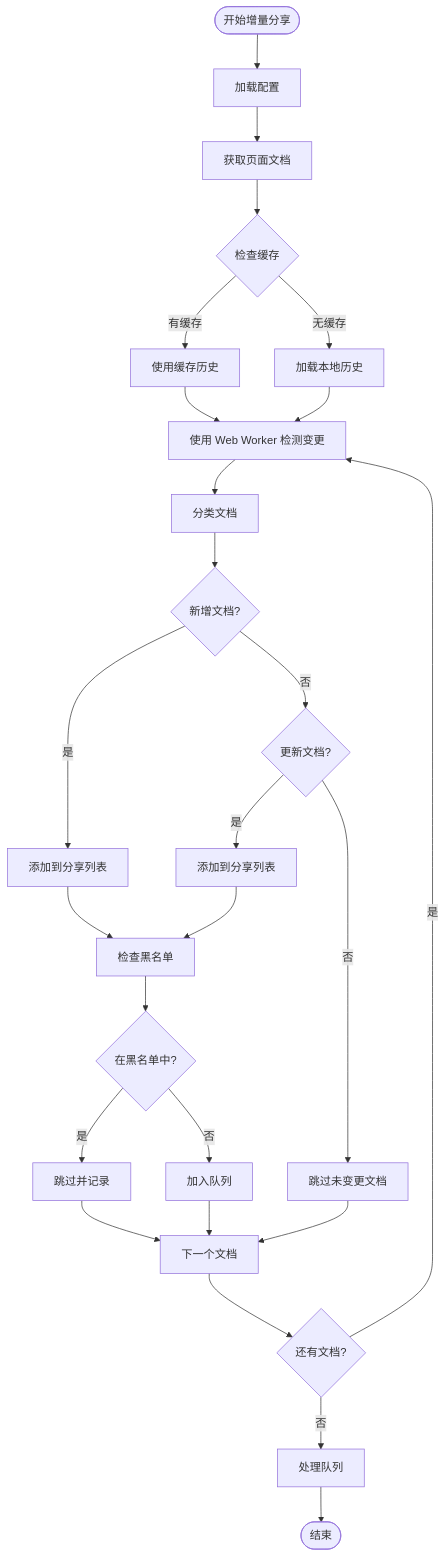
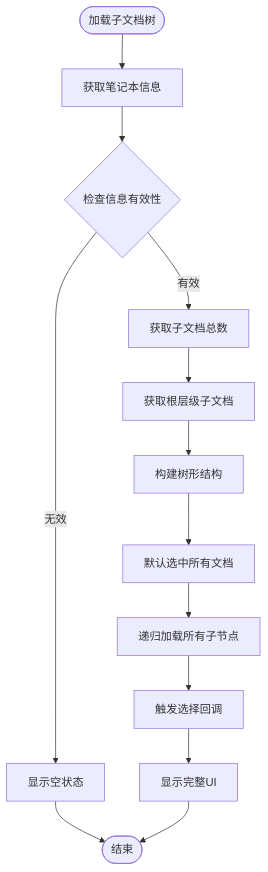
One commit to terwerinc/siyuan-plugin-share-pro changed the fourth of 8 diagrams in .qoder/repowiki/zh/content/子文档分享规范.md. Above: the diagram before and after it, drawn with Mermaid. The commit also changed other lines of this file and 8 other files, not shown here.

````diff
--- a/.qoder/repowiki/zh/content/子文档分享规范.md
+++ b/.qoder/repowiki/zh/content/子文档分享规范.md
@@ -215,28 +276,15 @@
 ```mermaid
 flowchart TD
-Start([开始增量分享]) --> LoadConfig["加载配置"]
-LoadConfig --> GetPageDocs["获取页面文档"]
-GetPageDocs --> CheckCache{"检查缓存"}
-CheckCache --> |有缓存| UseCache["使用缓存历史"]
-CheckCache --> |无缓存| LoadHistory["加载本地历史"]
-UseCache --> DetectChanges["使用 Web Worker 检测变更"]
-LoadHistory --> DetectChanges
-DetectChanges --> ClassifyDocs["分类文档"]
-ClassifyDocs --> NewDoc{"新增文档?"}
-NewDoc --> |是| AddNew["添加到分享列表"]
-NewDoc --> |否| UpdatedDoc{"更新文档?"}
-UpdatedDoc --> |是| AddUpdated["添加到分享列表"]
-UpdatedDoc --> |否| SkipDoc["跳过未变更文档"]
-AddNew --> CheckBlacklist["检查黑名单"]
-AddUpdated --> CheckBlacklist
-CheckBlacklist --> Blacklisted{"在黑名单中?"}
-Blacklisted --> |是| SkipBlacklist["跳过并记录"]
-Blacklisted --> |否| QueueTask["加入队列"]
-SkipDoc --> NextDoc["下一个文档"]
-SkipBlacklist --> NextDoc
-QueueTask --> NextDoc
-NextDoc --> MoreDocs{"还有文档?"}
-MoreDocs --> |是| DetectChanges
-MoreDocs --> |否| ProcessQueue["处理队列"]
-ProcessQueue --> End([结束])
+Start([加载子文档树]) --> GetNotebookInfo["获取笔记本信息"]
+GetNotebookInfo --> CheckInfo{"检查信息有效性"}
+CheckInfo --> |无效| ShowEmpty["显示空状态"]
+CheckInfo --> |有效| GetSubdocCount["获取子文档总数"]
+GetSubdocCount --> GetRootSubdocs["获取根层级子文档"]
+GetRootSubdocs --> BuildTree["构建树形结构"]
+BuildTree --> DefaultSelect["默认选中所有文档"]
+DefaultSelect --> LoadAllChildren["递归加载所有子节点"]
+LoadAllChildren --> TriggerCallback["触发选择回调"]
+TriggerCallback --> ShowUI["显示完整UI"]
+ShowEmpty --> End([结束])
+ShowUI --> End
 ```
````
